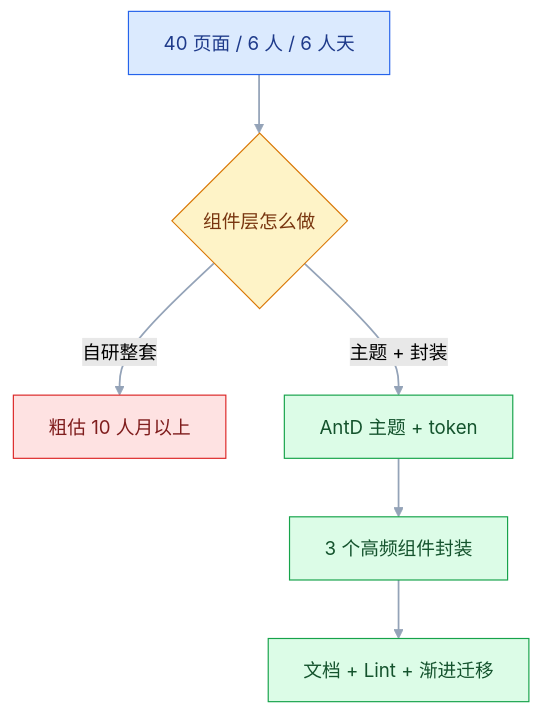
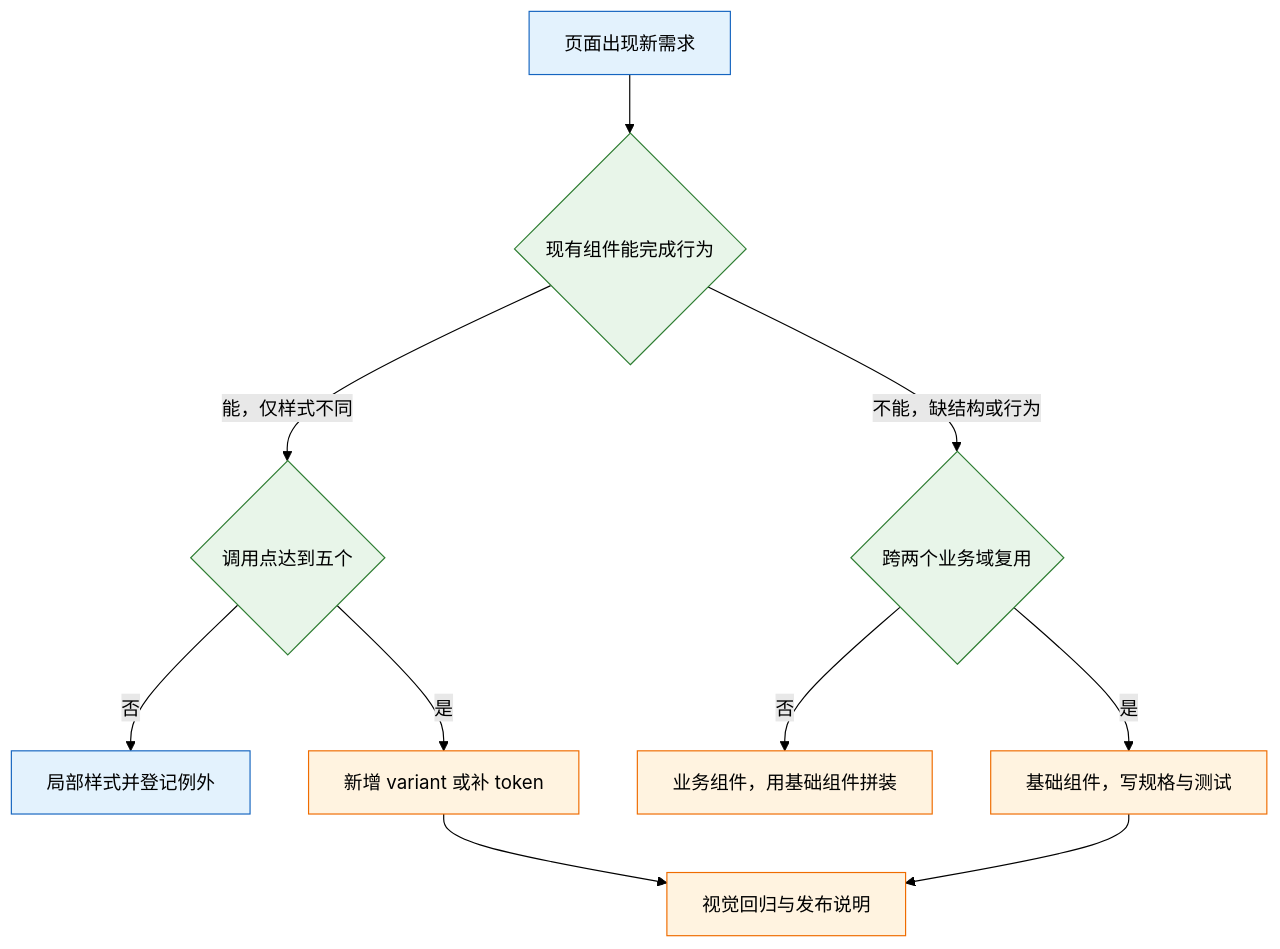
The second of 3 diagrams in blog/src/notes/02-UI/03-设计系统/01-设计系统与组件.md (jimbosuper/studynotes), drawn with Mermaid (forest theme) before and after one commit. The commit also changed other lines of this file and 367 other files, not shown here.

````diff
--- a/blog/src/notes/02-UI/03-设计系统/01-设计系统与组件.md
+++ b/blog/src/notes/02-UI/03-设计系统/01-设计系统与组件.md
@@ -53,20 +170,18 @@
 ```mermaid
 flowchart TD
-    classDef start fill:#DBEAFE,stroke:#2563EB,color:#1E3A8A
-    classDef yes fill:#DCFCE7,stroke:#16A34A,color:#14532D
-    classDef no fill:#FEE2E2,stroke:#DC2626,color:#7F1D1D
-    classDef note fill:#FEF3C7,stroke:#D97706,color:#78350F
-
-    A["40 页面 / 6 人 / 6 人天"]:::start
-    B{"组件层怎么做"}:::note
-    C["粗估 10 人月以上"]:::no
-    D["AntD 主题 + token"]:::yes
-    E["3 个高频组件封装"]:::yes
-    F["文档 + Lint + 渐进迁移"]:::yes
-
-    A --> B
-    B -->|"自研整套"| C
-    B -->|"主题 + 封装"| D
-    D --> E --> F
-    linkStyle default stroke:#94A3B8,stroke-width:1.5px
+    A["页面出现新需求"] --> B{"现有组件能完成行为"}
+    B -->|"能，仅样式不同"| C{"调用点达到五个"}
+    C -->|"否"| D["局部样式并登记例外"]
+    C -->|"是"| E["新增 variant 或补 token"]
+    B -->|"不能，缺结构或行为"| F{"跨两个业务域复用"}
+    F -->|"否"| G["业务组件，用基础组件拼装"]
+    F -->|"是"| H["基础组件，写规格与测试"]
+    E --> I["视觉回归与发布说明"]
+    H --> I
+    classDef client fill:#e3f2fd,stroke:#1565c0;
+    classDef engine fill:#e8f5e9,stroke:#2e7d32;
+    classDef image fill:#fff3e0,stroke:#ef6c00;
+    class A,D client
+    class B,C,F engine
+    class E,G,H,I image
 ```
````
